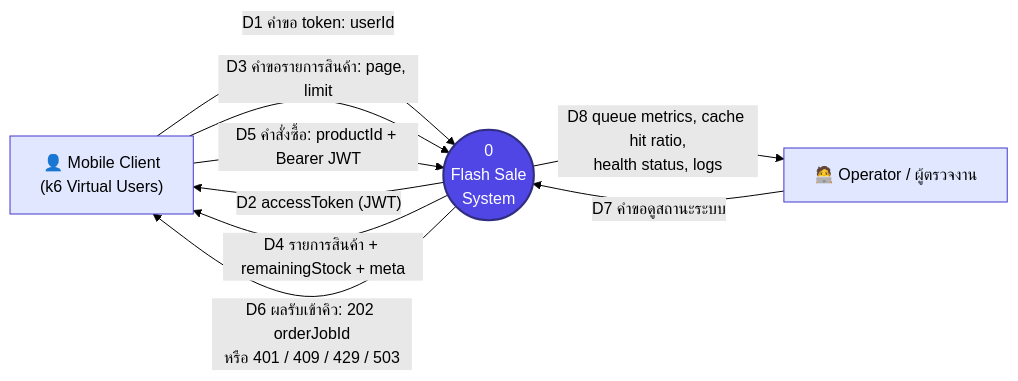
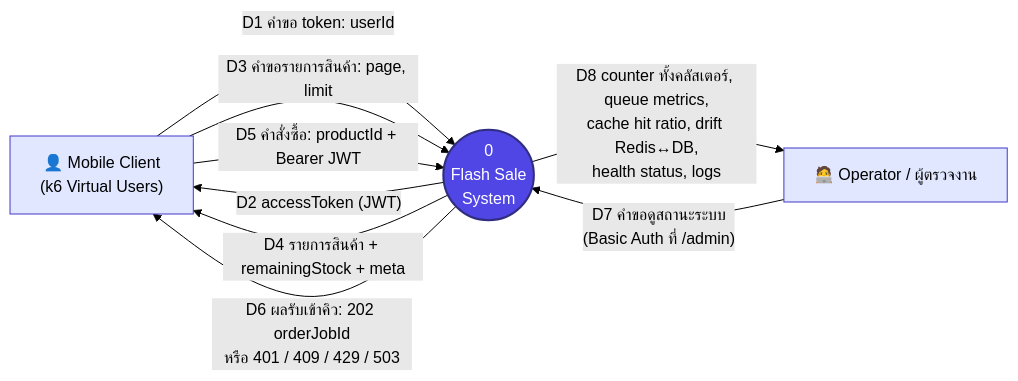
Before and after one commit to tophbeifong123/mini-project-backend-mobile: the first of 8 diagrams in docs/Architecture/diagrams.md, drawn with Mermaid (forest theme). The commit also changed other lines of this file and 7 other files, not shown here.

````diff
--- a/docs/Architecture/diagrams.md
+++ b/docs/Architecture/diagrams.md
@@ -34,23 +35,23 @@
 ```mermaid
 flowchart LR
     CLIENT["👤 Mobile Client<br/>(k6 Virtual Users)"]
     OBSERVER["🧑‍💻 Operator / ผู้ตรวจงาน"]
 
     SYS(("0<br/>Flash Sale<br/>System"))
 
     CLIENT -->|"D1 คำขอ token: userId"| SYS
     SYS -->|"D2 accessToken (JWT)"| CLIENT
 
     CLIENT -->|"D3 คำขอรายการสินค้า: page, limit"| SYS
     SYS -->|"D4 รายการสินค้า + remainingStock + meta"| CLIENT
 
     CLIENT -->|"D5 คำสั่งซื้อ: productId + Bearer JWT"| SYS
     SYS -->|"D6 ผลรับเข้าคิว: 202 orderJobId<br/>หรือ 401 / 409 / 429 / 503"| CLIENT
 
-    OBSERVER -->|"D7 คำขอดูสถานะระบบ"| SYS
-    SYS -->|"D8 queue metrics, cache hit ratio,<br/>health status, logs"| OBSERVER
+    OBSERVER -->|"D7 คำขอดูสถานะระบบ<br/>(Basic Auth ที่ /admin)"| SYS
+    SYS -->|"D8 counter ทั้งคลัสเตอร์, queue metrics,<br/>cache hit ratio, drift Redis↔DB,<br/>health status, logs"| OBSERVER
 
     style SYS fill:#4f46e5,color:#fff,stroke:#312e81,stroke-width:2px
     style CLIENT fill:#e0e7ff,stroke:#4338ca
     style OBSERVER fill:#e0e7ff,stroke:#4338ca
 ```
````
